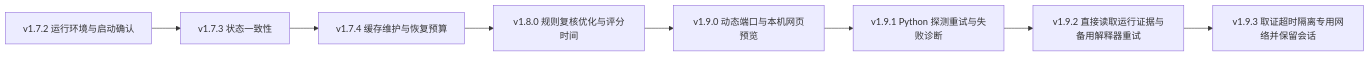
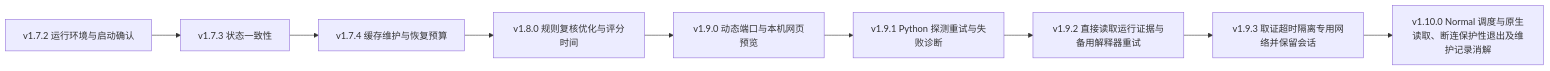
One commit to cr20085361/claude-code-protection-tool changed the third of 3 diagrams in README.md. Above: the diagram before and after it, drawn with Mermaid. The commit also changed other lines of this file and 17 other files, not shown here.

Commit message:
发布 v1.10.0 · 守护 Normal 调度与原生 PEB 读取、断连保护性退出及维护记录消解

````diff
--- a/README.md
+++ b/README.md
@@ -125,10 +120,11 @@
 ```mermaid
 flowchart LR
   A["v1.7.2 运行环境与启动确认"] --> B["v1.7.3 状态一致性"]
   B --> C["v1.7.4 缓存维护与恢复预算"]
   C --> D["v1.8.0 规则复核优化与评分时间"]
   D --> E["v1.9.0 动态端口与本机网页预览"]
   E --> F["v1.9.1 Python 探测重试与失败诊断"]
   F --> G["v1.9.2 直接读取运行证据与备用解释器重试"]
   G --> H["v1.9.3 取证超时隔离专用网络并保留会话"]
+  H --> I["v1.10.0 Normal 调度与原生读取、断连保护性退出及维护记录消解"]
 ```
````
